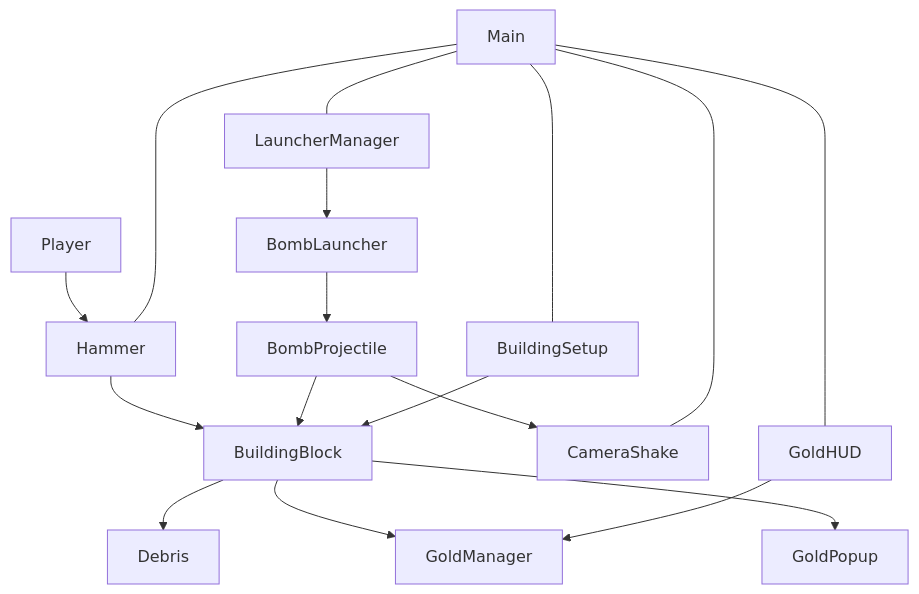
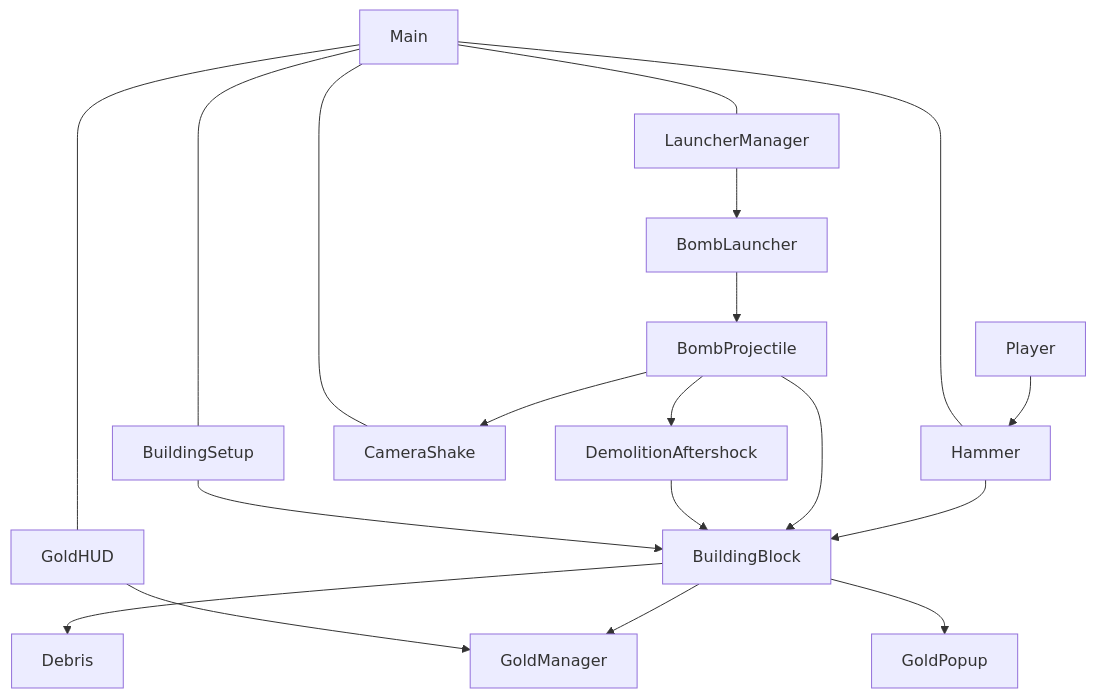
The diagram in docs/MODULES.md (lovevx/boom), drawn with Mermaid before and after one commit. The commit also changed other lines of this file and 251 other files, not shown here.

````diff
--- a/docs/MODULES.md
+++ b/docs/MODULES.md
@@ -27,15 +63,17 @@
 ```mermaid
 flowchart TD
     Player --> Hammer
     Hammer --> BuildingBlock
     LauncherManager --> BombLauncher
     BombLauncher --> BombProjectile
     BombProjectile --> BuildingBlock
+    BombProjectile --> DemolitionAftershock
+    DemolitionAftershock --> BuildingBlock
     BombProjectile --> CameraShake
     BuildingSetup --> BuildingBlock
     BuildingBlock --> Debris
     BuildingBlock --> GoldManager
     BuildingBlock --> GoldPopup
     GoldHUD --> GoldManager
     Main --- LauncherManager & BuildingSetup & CameraShake & GoldHUD & Hammer
 ```
````
